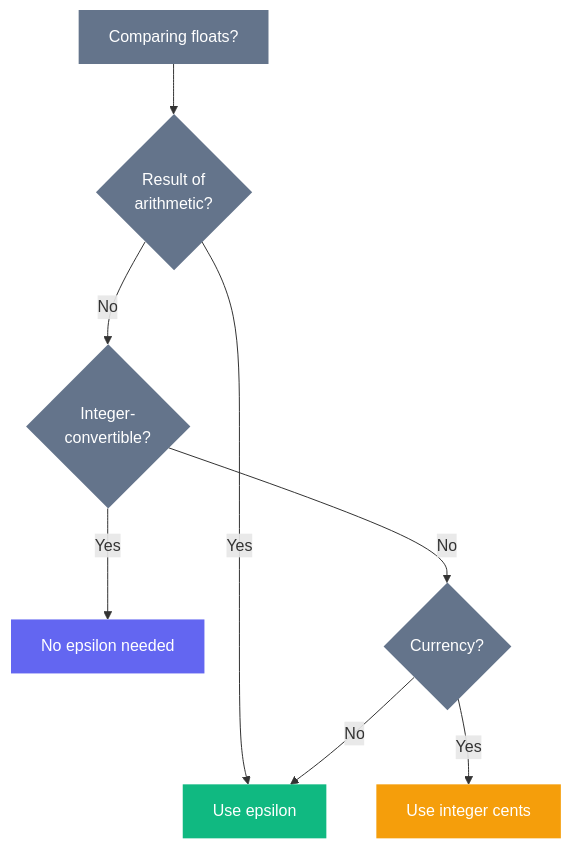
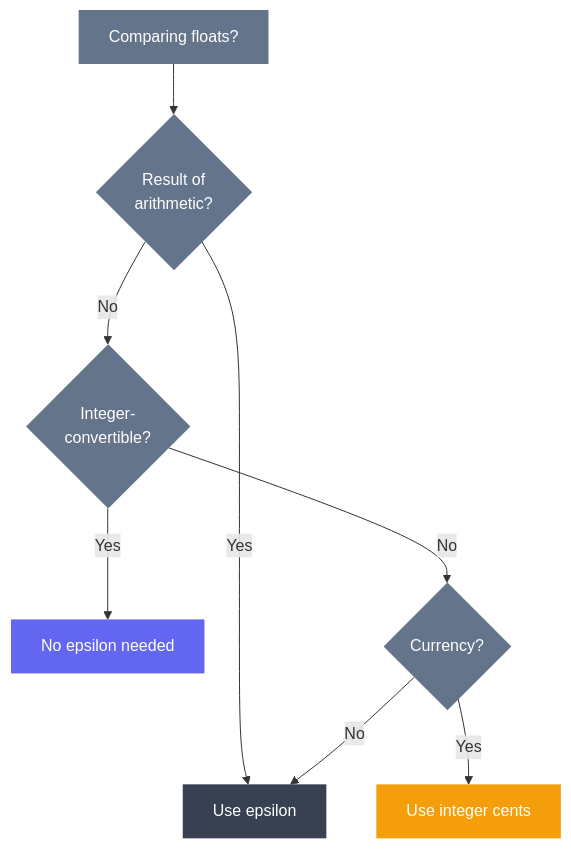
The second of 2 diagrams in content/writing/go-floating-point-tolerance-testing.md (ashwingopalsamy/site), drawn with Mermaid before and after one commit. The commit also changed 26 other files, not shown here.

```diff
--- a/content/writing/go-floating-point-tolerance-testing.md
+++ b/content/writing/go-floating-point-tolerance-testing.md
@@ -104,18 +104,18 @@
 {{< mermaid >}}
 flowchart TD
     A["Comparing floats?"] --> B{"Result of\narithmetic?"}
     B -- Yes --> C["Use epsilon"]
     B -- No --> D{"Integer-\nconvertible?"}
     D -- Yes --> E["No epsilon needed"]
     D -- No --> F{"Currency?"}
     F -- Yes --> G["Use integer cents"]
     F -- No --> C
 
-    style C fill:#10b981,color:#fff,stroke:none
+    style C fill:#374151,color:#fff,stroke:none
     style E fill:#6366f1,color:#fff,stroke:none
     style G fill:#f59e0b,color:#fff,stroke:none
     style A fill:#64748b,color:#fff,stroke:none
     style B fill:#64748b,color:#fff,stroke:none
     style D fill:#64748b,color:#fff,stroke:none
     style F fill:#64748b,color:#fff,stroke:none
 {{< /mermaid >}}
```
